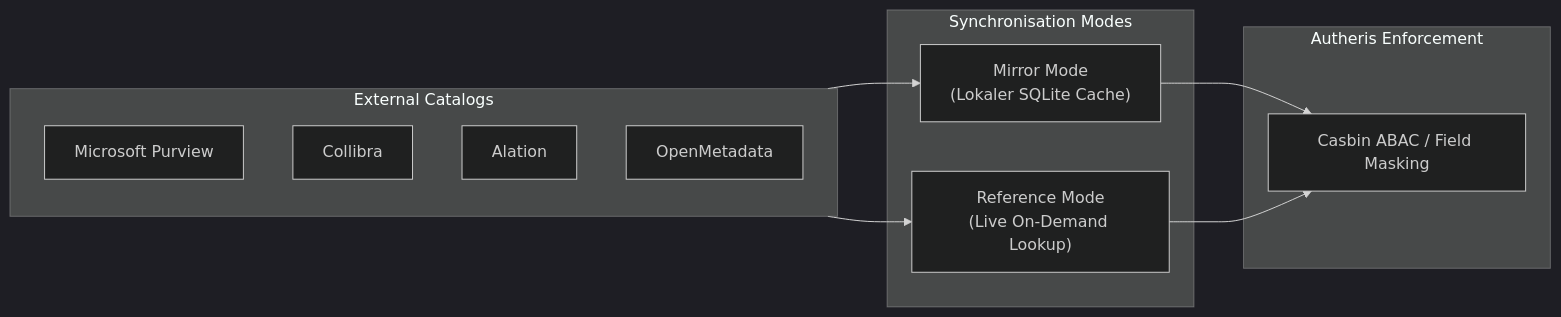
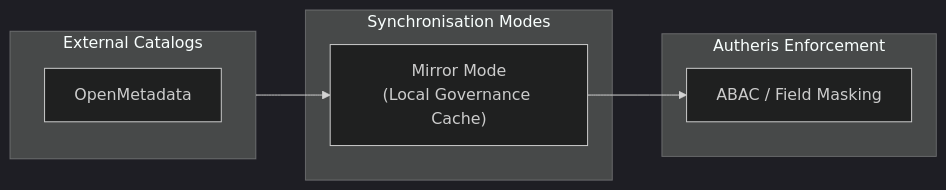
Before and after one commit to themulle/autheris: the diagram in docs/extensions/data-catalog-guide.md, drawn with Mermaid (dark theme). The commit also changed other lines of this file and 208 other files, not shown here.

````diff
--- a/docs/extensions/data-catalog-guide.md
+++ b/docs/extensions/data-catalog-guide.md
@@ -13,23 +11,17 @@
 ```mermaid
 flowchart LR
     subgraph Catalogs ["External Catalogs"]
-        Purview["Microsoft Purview"]
-        Collibra["Collibra"]
-        Alation["Alation"]
         OM["OpenMetadata"]
     end
 
     subgraph Modes ["Synchronisation Modes"]
-        Mirror["Mirror Mode<br/>(Lokaler SQLite Cache)"]
-        Reference["Reference Mode<br/>(Live On-Demand Lookup)"]
+        Mirror["Mirror Mode<br/>(Local Governance Cache)"]
     end
 
     subgraph GatewayCore ["Autheris Enforcement"]
-        Policy["Casbin ABAC / Field Masking"]
+        Policy["ABAC / Field Masking"]
     end
 
     Catalogs --> Mirror
-    Catalogs --> Reference
     Mirror --> Policy
-    Reference --> Policy
 ```
````
